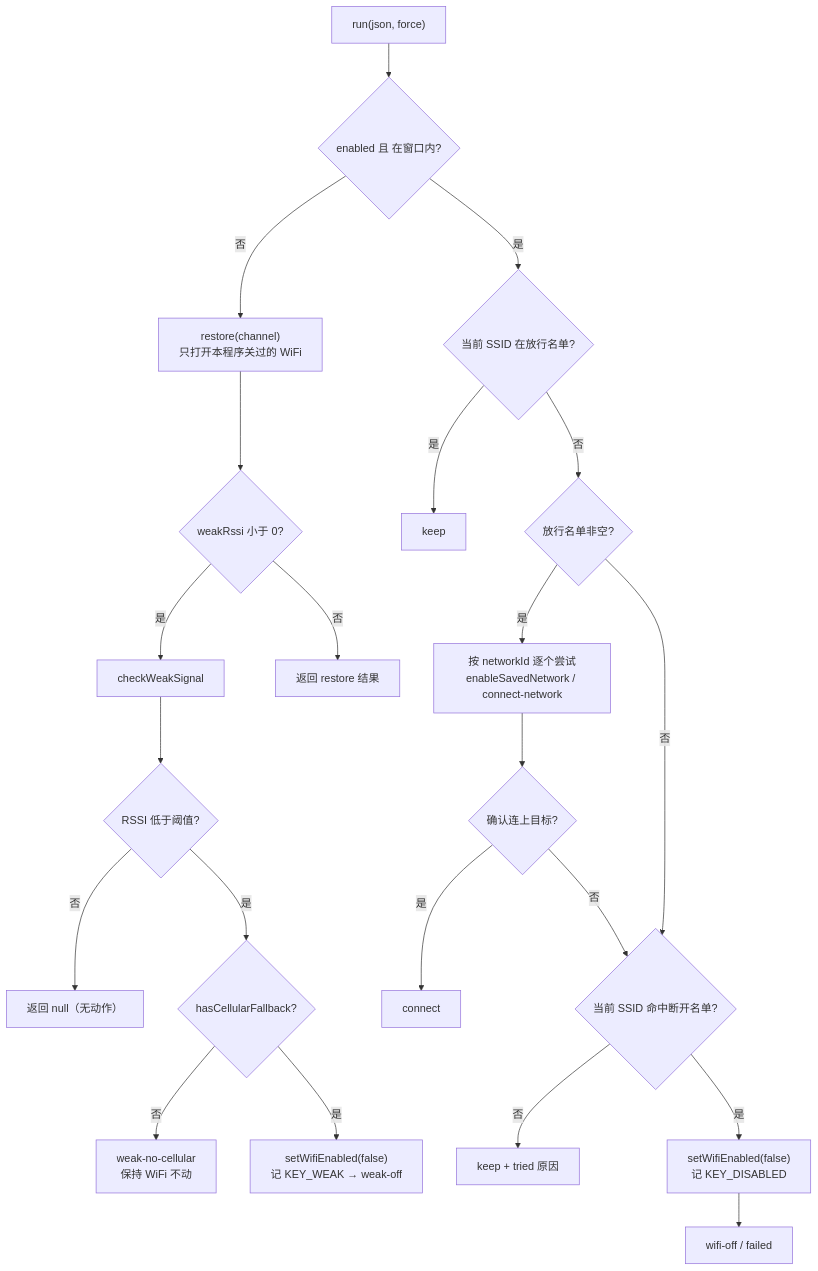
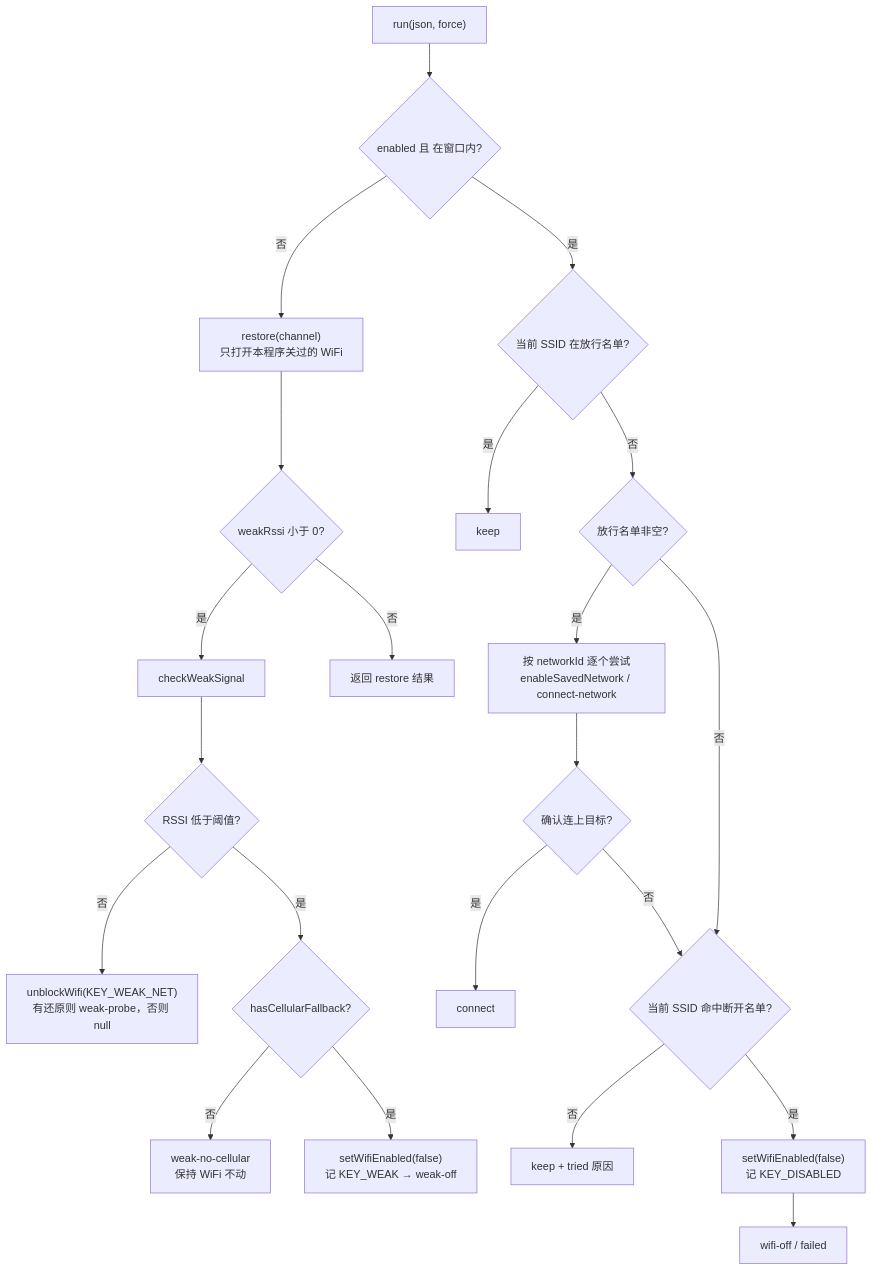
One commit to ikliml666/Wxxy-CampusLogin changed the fifth of 6 diagrams in .codewiki/modules/android-plugins-foreground-service.md. Above: the diagram before and after it, drawn with Mermaid. The commit also changed other lines of this file and 6 other files, not shown here.

````diff
--- a/.codewiki/modules/android-plugins-foreground-service.md
+++ b/.codewiki/modules/android-plugins-foreground-service.md
@@ -284,24 +284,24 @@
 ```mermaid
 flowchart TD
     A["run(json, force)"] --> B{"enabled 且 在窗口内?"}
     B -->|否| C["restore(channel)<br/>只打开本程序关过的 WiFi"]
     C --> D{"weakRssi 小于 0?"}
     D -->|是| E["checkWeakSignal"]
     E --> E1{"RSSI 低于阈值?"}
-    E1 -->|否| E4["返回 null（无动作）"]
+    E1 -->|否| E4["unblockWifi(KEY_WEAK_NET)<br/>有还原则 weak-probe，否则 null"]
     E1 -->|是| E5{"hasCellularFallback?"}
     E5 -->|否| E2["weak-no-cellular<br/>保持 WiFi 不动"]
     E5 -->|是| E3["setWifiEnabled(false)<br/>记 KEY_WEAK → weak-off"]
     D -->|否| F["返回 restore 结果"]
     B -->|是| G{"当前 SSID 在放行名单?"}
     G -->|是| H["keep"]
     G -->|否| I{"放行名单非空?"}
     I -->|是| J["按 networkId 逐个尝试<br/>enableSavedNetwork / connect-network"]
     J --> K{"确认连上目标?"}
     K -->|是| L["connect"]
     K -->|否| M{"当前 SSID 命中断开名单?"}
     I -->|否| M
     M -->|否| N["keep + tried 原因"]
     M -->|是| O["setWifiEnabled(false)<br/>记 KEY_DISABLED"]
     O --> P["wifi-off / failed"]
 ```
````
